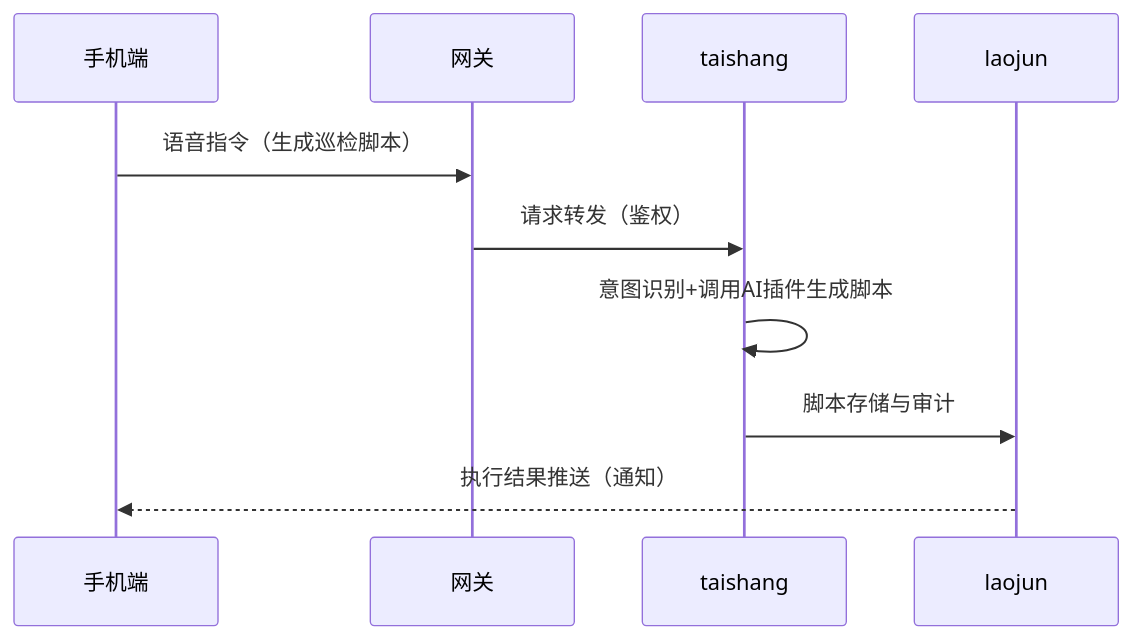
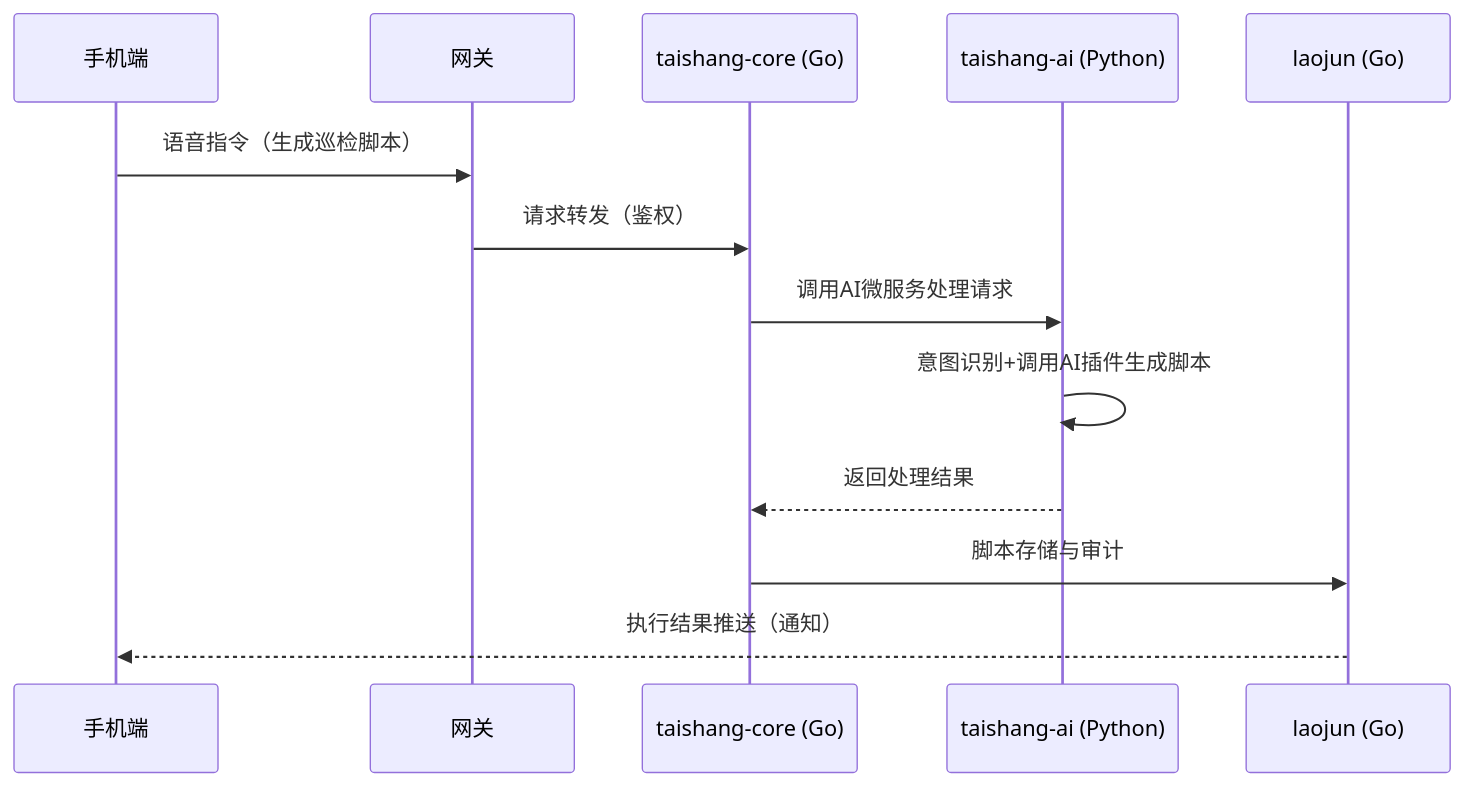
The fourth of 5 diagrams in docs/architecture.md (codetaoist/taishanglaojun), drawn with Mermaid before and after one commit. The commit also changed other lines of this file and 318 other files, not shown here.

````diff
--- a/docs/architecture.md
+++ b/docs/architecture.md
@@ -91,13 +104,16 @@
 ```mermaid
 sequenceDiagram
   participant Mobile as 手机端
   participant GW as 网关
-  participant Tai as taishang
-  participant Lao as laojun
+  participant TaiCore as taishang-core (Go)
+  participant TaiAI as taishang-ai (Python)
+  participant Lao as laojun (Go)
 
   Mobile->>GW: 语音指令（生成巡检脚本）
-  GW->>Tai: 请求转发（鉴权）
-  Tai->>Tai: 意图识别+调用AI插件生成脚本
-  Tai->>Lao: 脚本存储与审计
+  GW->>TaiCore: 请求转发（鉴权）
+  TaiCore->>TaiAI: 调用AI微服务处理请求
+  TaiAI->>TaiAI: 意图识别+调用AI插件生成脚本
+  TaiAI-->>TaiCore: 返回处理结果
+  TaiCore->>Lao: 脚本存储与审计
   Lao-->>Mobile: 执行结果推送（通知）
 ```
````
